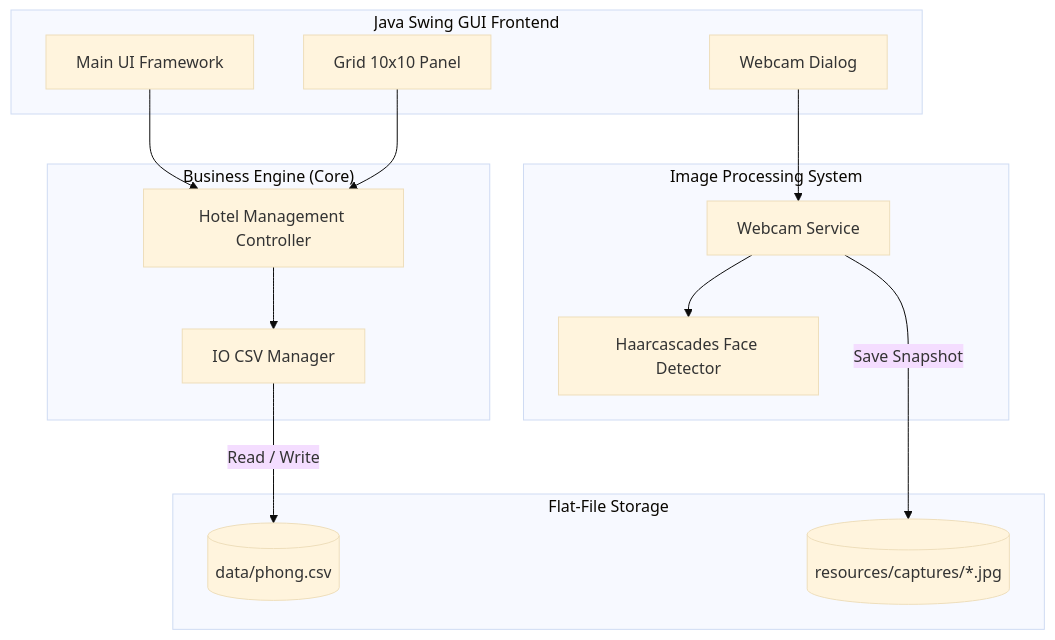
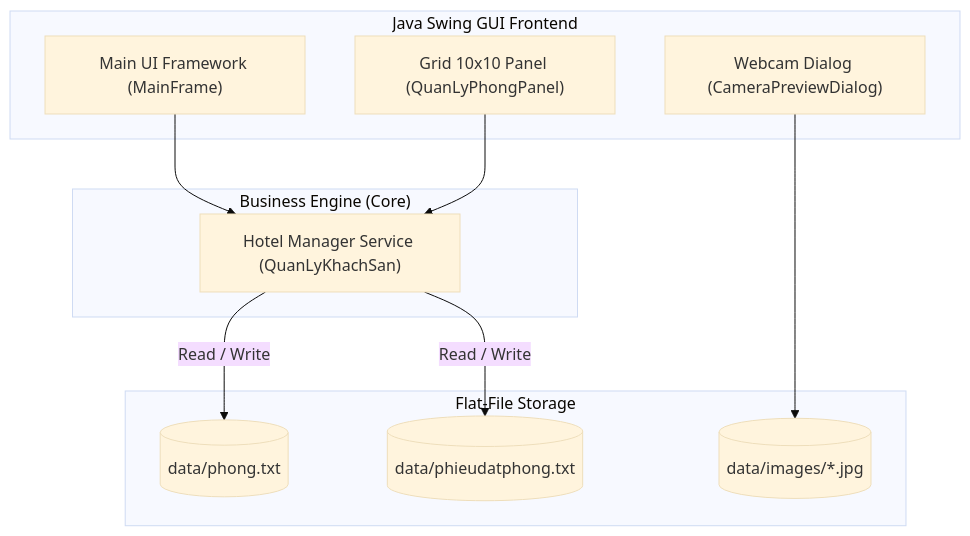
The diagram in docs/diagrams/component_diagram.mmd (NNTTuan/HotelBookingSystem), drawn with Mermaid (base theme) before and after one commit. The commit also changed 9 other files, not shown here.

```diff
--- a/docs/diagrams/component_diagram.mmd
+++ b/docs/diagrams/component_diagram.mmd
@@ -1,31 +1,23 @@
 flowchart TD
     subgraph Frontend ["Java Swing GUI Frontend"]
-        GUI["Main UI Framework"]
-        Grid["Grid 10x10 Panel"]
-        CamUI["Webcam Dialog"]
+        GUI["Main UI Framework (MainFrame)"]
+        Grid["Grid 10x10 Panel (QuanLyPhongPanel)"]
+        CamUI["Webcam Dialog (CameraPreviewDialog)"]
     end
 
     subgraph Core ["Business Engine (Core)"]
-        Controller["Hotel Management Controller"]
-        IOManager["IO CSV Manager"]
-    end
-
-    subgraph ImageSys ["Image Processing System"]
-        CamService["Webcam Service"]
-        FaceDetector["Haarcascades Face Detector"]
+        Controller["Hotel Manager Service (QuanLyKhachSan)"]
     end
 
     subgraph Storage ["Flat-File Storage"]
-        CSVFile[("data/phong.csv")]
-        ImageFiles[("resources/captures/*.jpg")]
+        PhongFile[("data/phong.txt")]
+        PhieuFile[("data/phieudatphong.txt")]
+        ImageFiles[("data/images/*.jpg")]
     end
 
     GUI --> Controller
     Grid --> Controller
-    CamUI --> CamService
+    CamUI --> ImageFiles
 
-    Controller --> IOManager
-    CamService --> FaceDetector
-
-    IOManager -->|Read / Write| CSVFile
-    CamService -->|Save Snapshot| ImageFiles
+    Controller -->|Read / Write| PhongFile
+    Controller -->|Read / Write| PhieuFile
```
